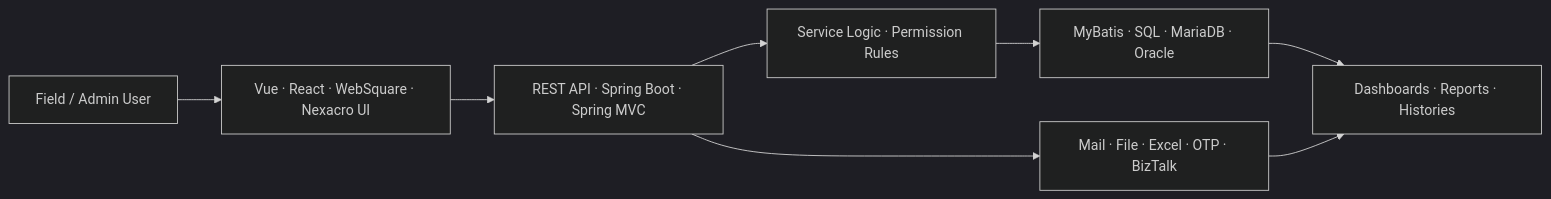
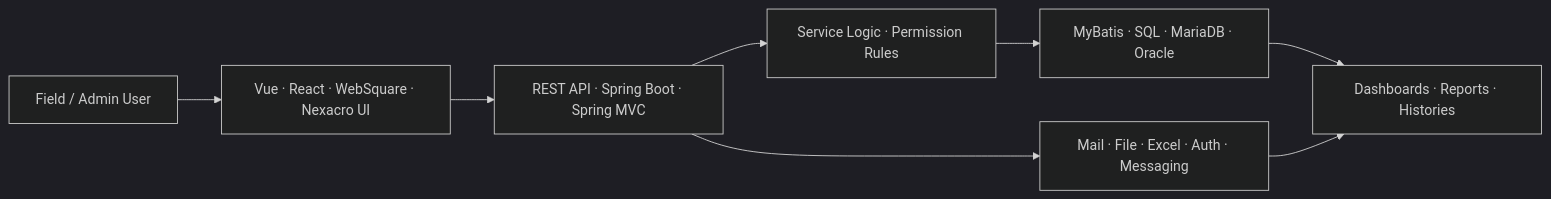
Before and after one commit to YongjaeKwon/YongjaeKwon: the diagram in README.md, drawn with Mermaid (dark theme). The commit also changed other lines of this file, not shown here.

````diff
--- a/README.md
+++ b/README.md
@@ -60,10 +60,10 @@
 ```mermaid
 flowchart LR
   A["Field / Admin User"] --> B["Vue · React · WebSquare · Nexacro UI"]
   B --> C["REST API · Spring Boot · Spring MVC"]
   C --> D["Service Logic · Permission Rules"]
   D --> E["MyBatis · SQL · MariaDB · Oracle"]
-  C --> F["Mail · File · Excel · OTP · BizTalk"]
+  C --> F["Mail · File · Excel · Auth · Messaging"]
   E --> G["Dashboards · Reports · Histories"]
   F --> G
 ```
````
